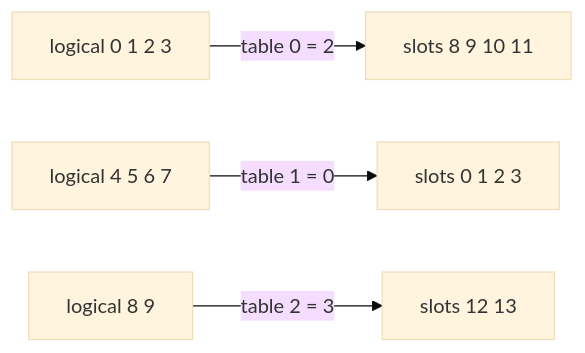
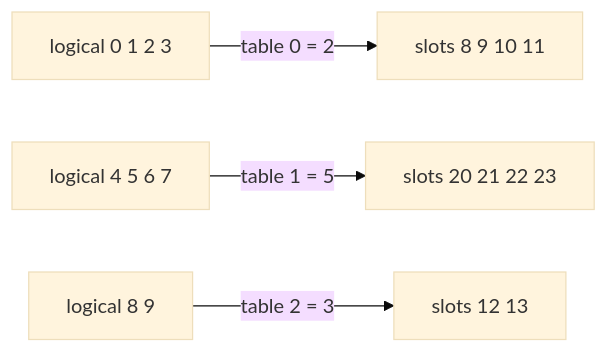
Before and after one commit to cluster1900/vllm_reader: the seventh of 42 diagrams in book/06-paged-attention/README.md, drawn with Mermaid (base theme). The commit also changed other lines of this file and 38 other files, not shown here.

````diff
--- a/book/06-paged-attention/README.md
+++ b/book/06-paged-attention/README.md
@@ -276,6 +286,6 @@
 ```mermaid
 flowchart LR
     Q0["logical 0 1 2 3"] -->|"table 0 = 2"| B2["slots 8 9 10 11"]
-    Q1["logical 4 5 6 7"] -->|"table 1 = 0"| B0["slots 0 1 2 3"]
+    Q1["logical 4 5 6 7"] -->|"table 1 = 5"| B0["slots 20 21 22 23"]
     Q2["logical 8 9"] -->|"table 2 = 3"| B3["slots 12 13"]
 ```
````
